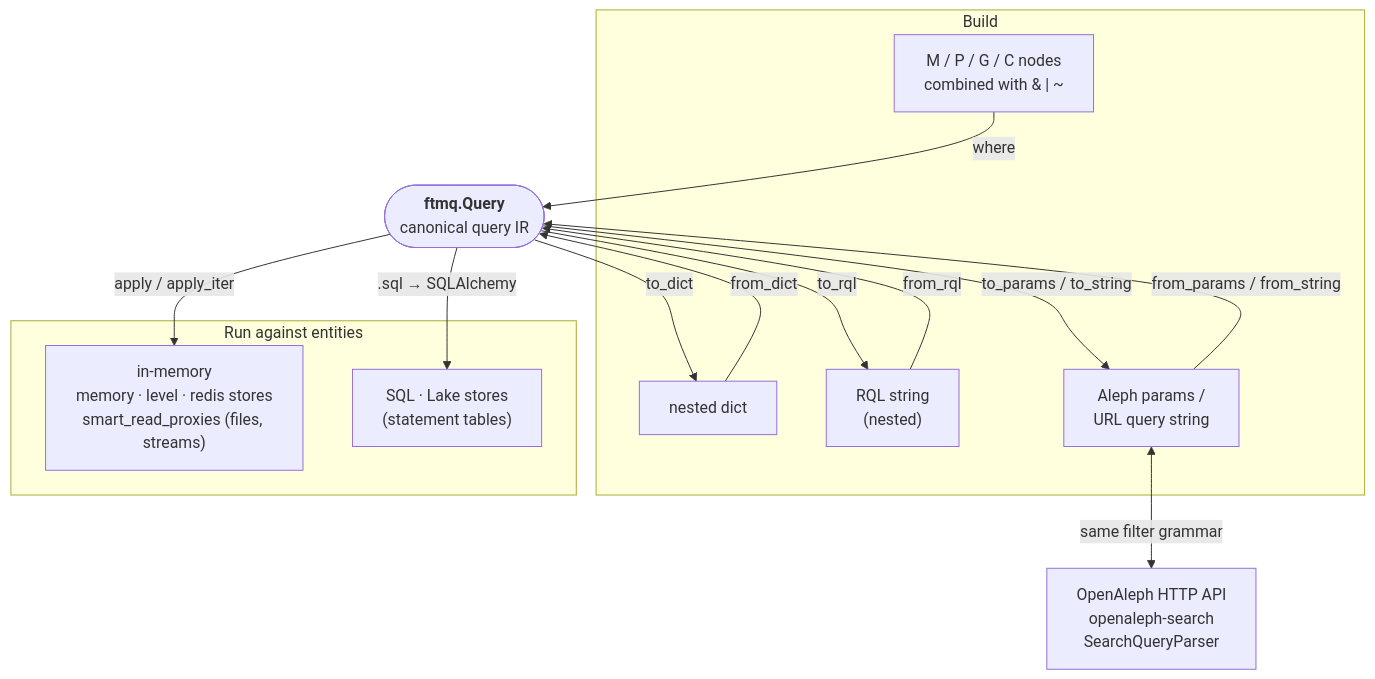
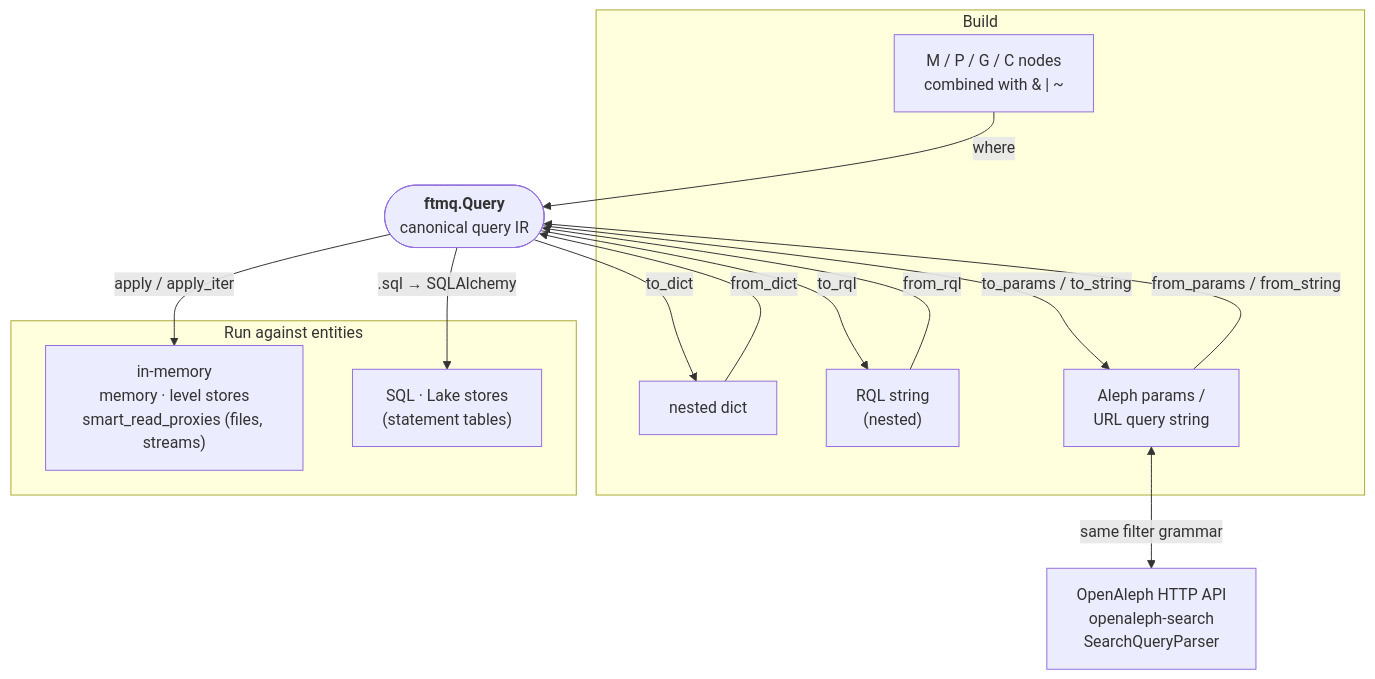
Before and after one commit to dataresearchcenter/ftmq: the diagram in docs/query.md, drawn with Mermaid. The commit also changed 18 other files, not shown here.

````diff
--- a/docs/query.md
+++ b/docs/query.md
@@ -9,29 +9,29 @@
 ```mermaid
 flowchart TD
     subgraph build [Build]
         NODES["M / P / G / C nodes<br/>combined with &amp; | ~"]
         DICT["nested dict"]
         RQL["RQL string<br/>(nested)"]
         PARAMS["Aleph params /<br/>URL query string"]
     end
 
     Q(["<b>ftmq.Query</b><br/>canonical query IR"])
 
     NODES -->|where| Q
     DICT -->|from_dict| Q
     Q -->|to_dict| DICT
     RQL -->|from_rql| Q
     Q -->|to_rql| RQL
     PARAMS -->|from_params / from_string| Q
     Q -->|to_params / to_string| PARAMS
 
     subgraph run [Run against entities]
-        MEM["in-memory<br/>memory · level · redis stores<br/>smart_read_proxies (files, streams)"]
+        MEM["in-memory<br/>memory · level stores<br/>smart_read_proxies (files, streams)"]
         SQLB["SQL · Lake stores<br/>(statement tables)"]
     end
 
     Q -->|apply / apply_iter| MEM
     Q -->|.sql → SQLAlchemy| SQLB
 
     PARAMS <-->|same filter grammar| ALEPH["OpenAleph HTTP API<br/>openaleph-search<br/>SearchQueryParser"]
 ```
````
